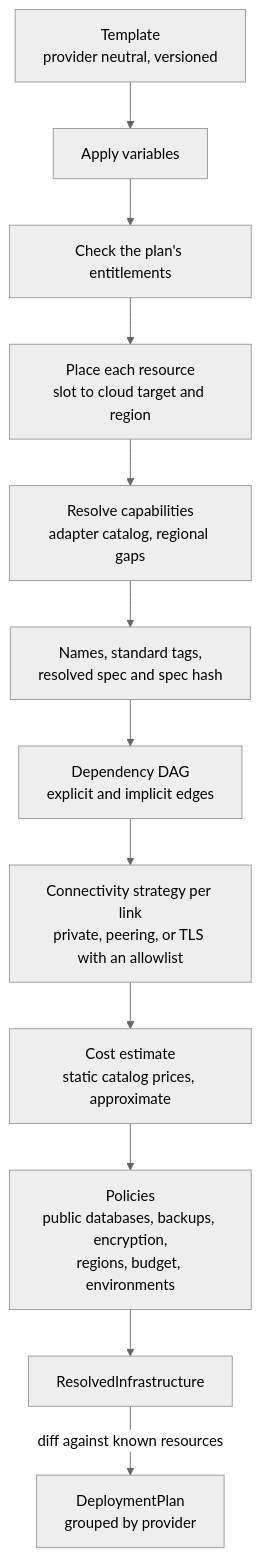
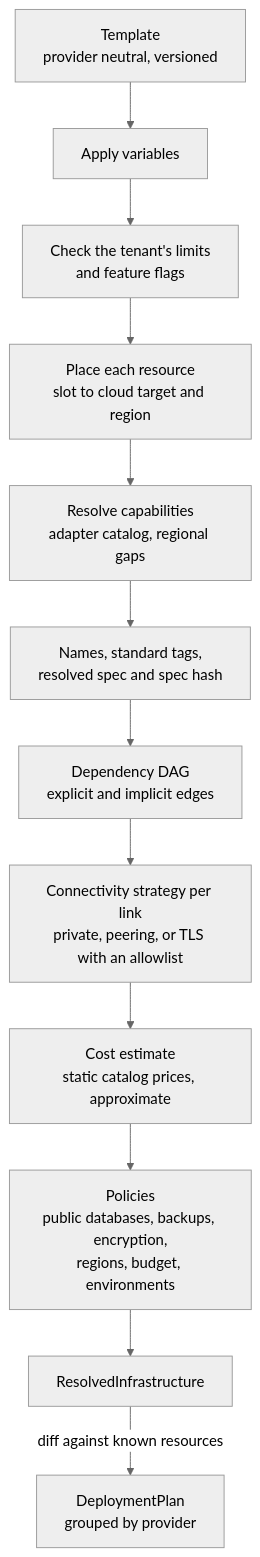
Before and after one commit to orkstage/orkstage-site: the second of 2 diagrams in content/docs/self-hosting/architecture.mdx, drawn with Mermaid (neutral theme). The commit also changed 17 other files, not shown here.

Commit message:
docs: tenant limits and feature flags instead of plans (#57)

````diff
--- a/content/docs/self-hosting/architecture.mdx
+++ b/content/docs/self-hosting/architecture.mdx
@@ -38,14 +38,14 @@
 ```mermaid
 flowchart TB
   template["Template<br/>provider neutral, versioned"] --> variables["Apply variables"]
-  variables --> entitlements["Check the plan's entitlements"]
-  entitlements --> placement["Place each resource<br/>slot to cloud target and region"]
+  variables --> limits["Check the tenant's limits<br/>and feature flags"]
+  limits --> placement["Place each resource<br/>slot to cloud target and region"]
   placement --> capabilities["Resolve capabilities<br/>adapter catalog, regional gaps"]
   capabilities --> names["Names, standard tags,<br/>resolved spec and spec hash"]
   names --> dag["Dependency DAG<br/>explicit and implicit edges"]
   dag --> connectivity["Connectivity strategy per link<br/>private, peering, or TLS with an allowlist"]
   connectivity --> cost["Cost estimate<br/>static catalog prices, approximate"]
   cost --> policies["Policies<br/>public databases, backups, encryption,<br/>regions, budget, environments"]
   policies --> resolved["ResolvedInfrastructure"]
   resolved -->|"diff against known resources"| plan["DeploymentPlan<br/>grouped by provider"]
 ```
````
